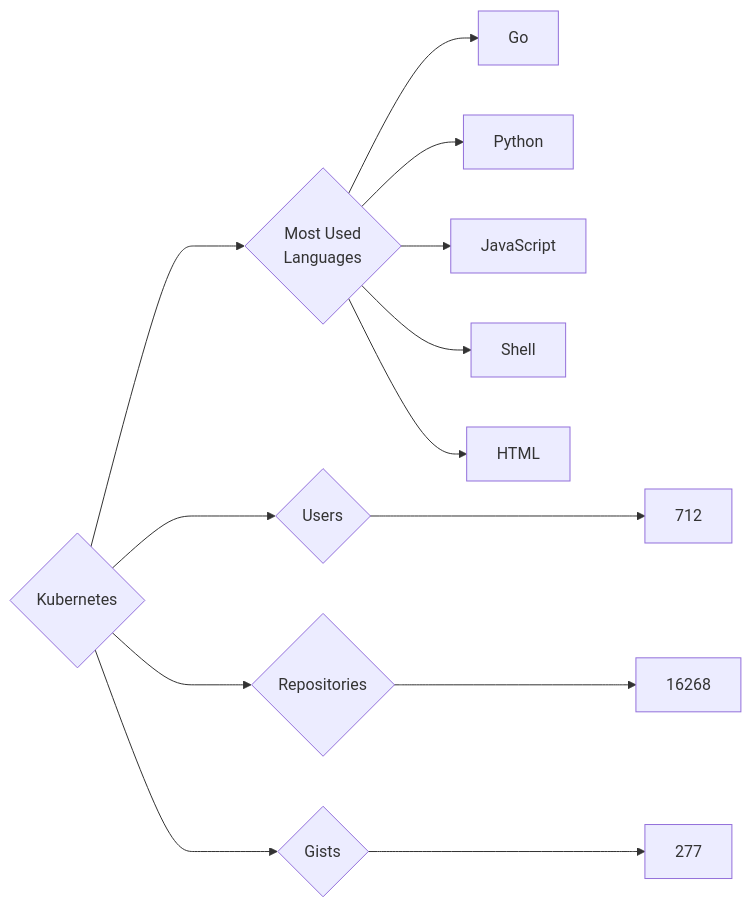
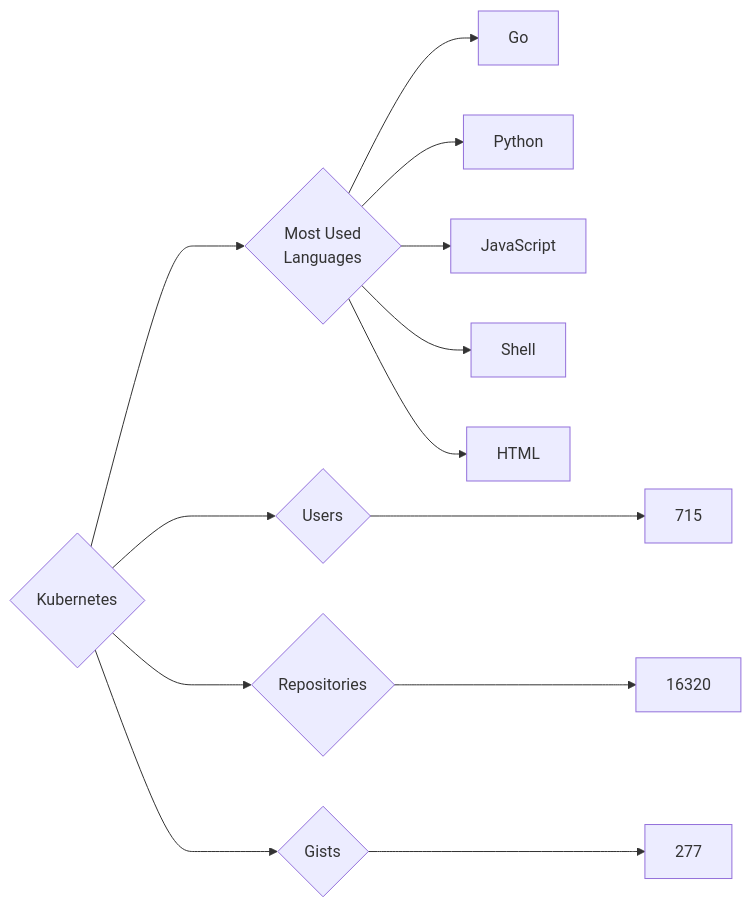
One commit to trickest/insiders changed the diagram in targets/Kubernetes/README.md. Above: the diagram before and after it, drawn with Mermaid. The commit also changed 1195 other files, not shown here.

````diff
--- a/targets/Kubernetes/README.md
+++ b/targets/Kubernetes/README.md
@@ -3,13 +3,13 @@
 ```mermaid
 graph LR
 COMPANY_NAME{Kubernetes}
-COMPANY_NAME ---> U{Users} ---> UN[712]
-COMPANY_NAME ---> R{Repositories} ---> RN[16268]
+COMPANY_NAME ---> U{Users} ---> UN[715]
+COMPANY_NAME ---> R{Repositories} ---> RN[16320]
 COMPANY_NAME ---> G{Gists} ---> GN[277]
 COMPANY_NAME ---> ML{Most Used<br>Languages}
 ML --> Go[Go]
 ML --> Python[Python]
 ML --> JavaScript[JavaScript]
 ML --> Shell[Shell]
 ML --> HTML[HTML]
 ```
````
